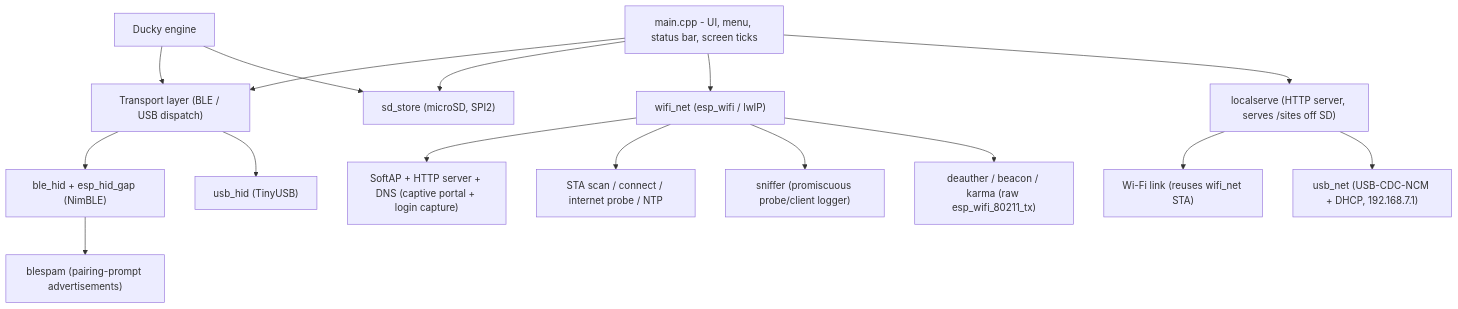
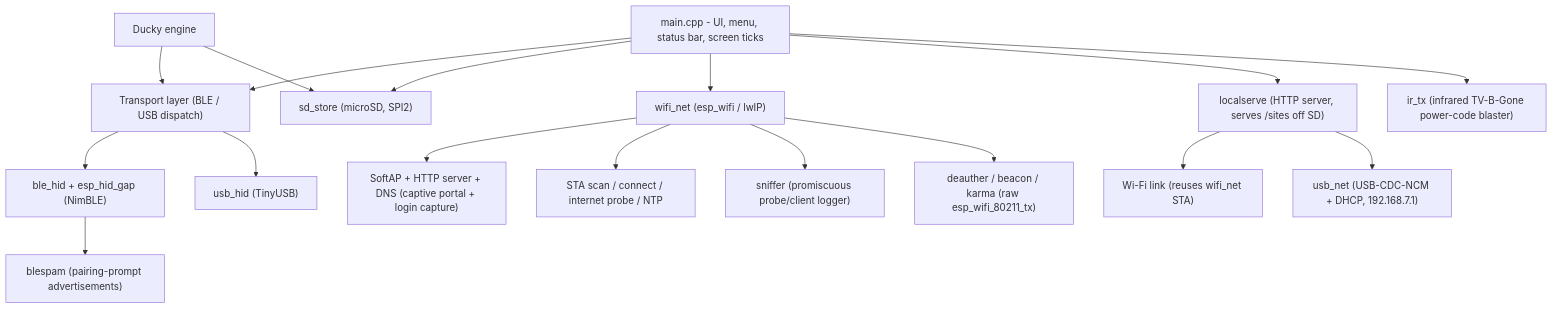
The diagram in README.md (nikhilsaps/Nexus), drawn with Mermaid before and after one commit. The commit also changed other lines of this file and 7 other files, not shown here.

````diff
--- a/README.md
+++ b/README.md
@@ -353,19 +371,20 @@
 ```mermaid
 flowchart TD
     UI["main.cpp - UI, menu, status bar, screen ticks"]
     UI --> HID["Transport layer (BLE / USB dispatch)"]
     HID --> BLE["ble_hid + esp_hid_gap (NimBLE)"]
     HID --> USB["usb_hid (TinyUSB)"]
     UI --> SD["sd_store (microSD, SPI2)"]
     UI --> WIFI["wifi_net (esp_wifi / lwIP)"]
     WIFI --> AP["SoftAP + HTTP server + DNS (captive portal + login capture)"]
     WIFI --> STA["STA scan / connect / internet probe / NTP"]
     WIFI --> SNIFF["sniffer (promiscuous probe/client logger)"]
     WIFI --> RF["deauther / beacon / karma (raw esp_wifi_80211_tx)"]
     BLE --> BSPAM["blespam (pairing-prompt advertisements)"]
     UI --> LS["localserve (HTTP server, serves /sites off SD)"]
+    UI --> IR["ir_tx (infrared TV-B-Gone power-code blaster)"]
     LS --> LSW["Wi-Fi link (reuses wifi_net STA)"]
     LS --> LSU["usb_net (USB-CDC-NCM + DHCP, 192.168.7.1)"]
     DUCK["Ducky engine"] --> HID
     DUCK --> SD
 ```
````
